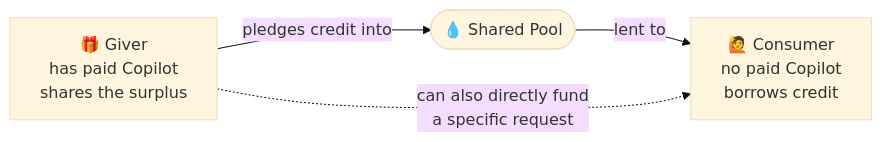
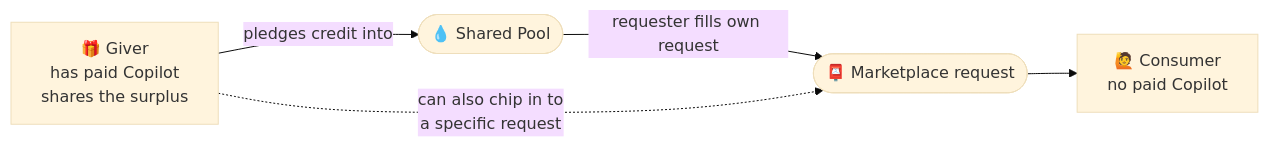
The second of 3 diagrams in docs/guide/00-overview.md (khirooo/CTC), drawn with Mermaid (base theme) before and after one commit. The commit also changed other lines of this file and 5 other files, not shown here.

````diff
--- a/docs/guide/00-overview.md
+++ b/docs/guide/00-overview.md
@@ -41,6 +41,7 @@
 ```mermaid
 flowchart LR
     Giver["🎁 Giver<br/>has paid Copilot<br/>shares the surplus"] -->|"pledges credit into"| Pool([💧 Shared Pool])
-    Pool -->|"lent to"| Consumer["🙋 Consumer<br/>no paid Copilot<br/>borrows credit"]
-    Giver -.->|"can also directly fund<br/>a specific request"| Consumer
+    Pool -->|"requester fills own request"| Request(["📮 Marketplace request"])
+    Giver -.->|"can also chip in to<br/>a specific request"| Request
+    Request --> Consumer["🙋 Consumer<br/>no paid Copilot"]
 ```
````
